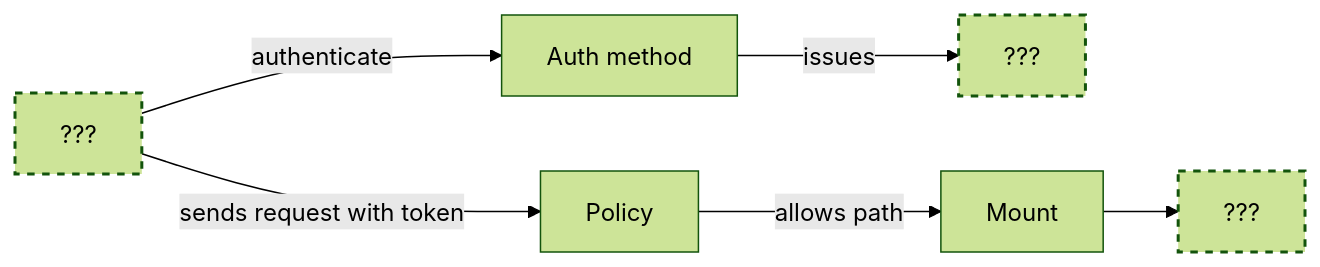
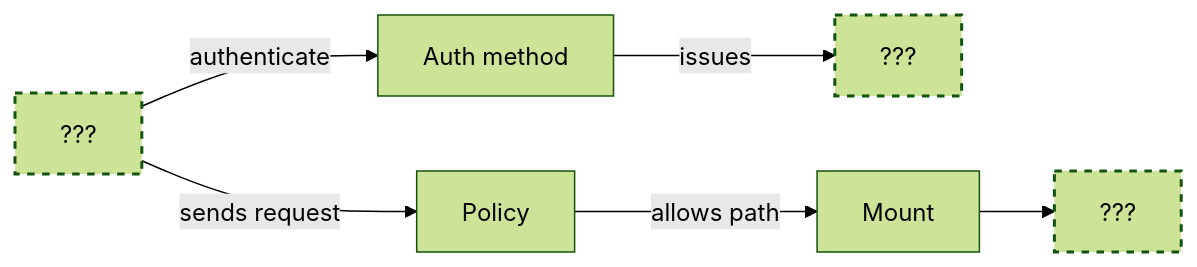
One commit to OpalBolt/Hashicorp-Katas changed the diagram in submissions/vault/00-foundations/diagram.md. Above: the diagram before and after it, drawn with Mermaid (forest theme). The commit also changed 1 other file, not shown here.

Commit message:
docs(vault): use neutral IDs for the diagram blanks
The node IDs client, token and secret gave away the answers next to the
??? labels. Rename them to blank1-3, drop the token hint from an edge
label, and stop listing the answers in the done-when criteria.

````diff
--- a/submissions/vault/00-foundations/diagram.md
+++ b/submissions/vault/00-foundations/diagram.md
@@ -16,23 +16,23 @@
 ```mermaid
 flowchart LR
     %% ===== YOU EDIT: replace each ??? with a label (keep the quotes) =====
-    client["???"]
-    token["???"]
-    secret["???"]
+    blank1["???"]
+    blank2["???"]
+    blank3["???"]
 
     %% ===== DO NOT TOUCH: fixed nodes =====
     auth["Auth method"]
     policy["Policy"]
     mount["Mount"]
 
     %% ===== DO NOT TOUCH: request flow =====
-    client -->|"authenticate"| auth
-    auth -->|"issues"| token
-    client -->|"sends request with token"| policy
+    blank1 -->|"authenticate"| auth
+    auth -->|"issues"| blank2
+    blank1 -->|"sends request"| policy
     policy -->|"allows path"| mount
-    mount --> secret
+    mount --> blank3
 
-    %% ===== DO NOT TOUCH: styling (dashed = you fill in) =====
+    %% ===== DO NOT TOUCH: styling =====
     classDef todo stroke-dasharray: 5 5,stroke-width:2px
-    class client,token,secret todo
+    class blank1,blank2,blank3 todo
 ```
````
